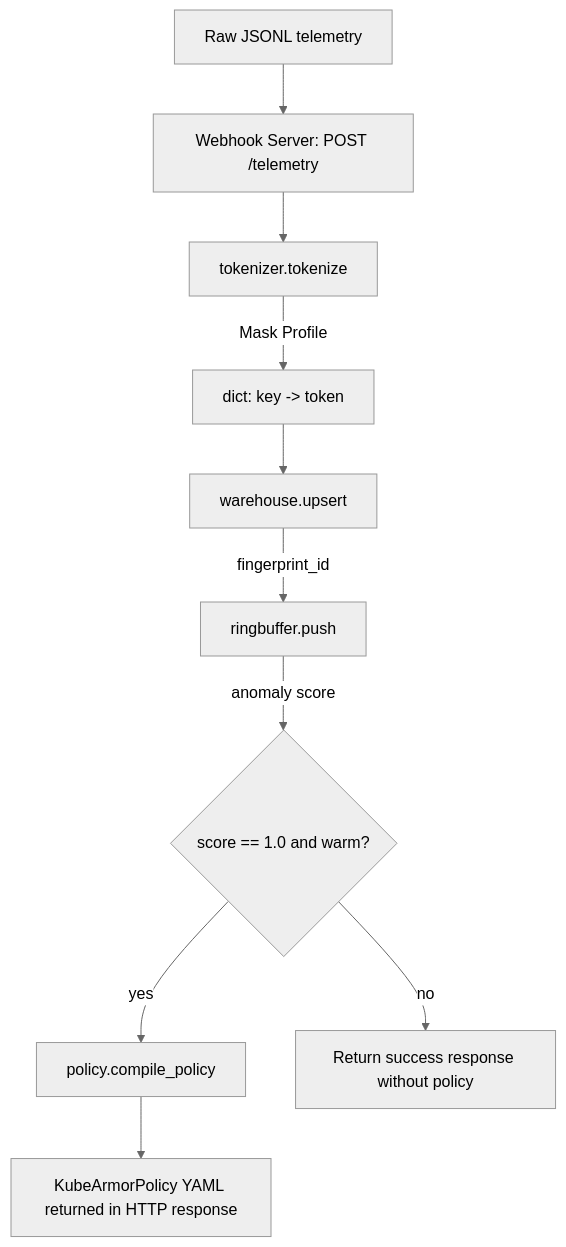
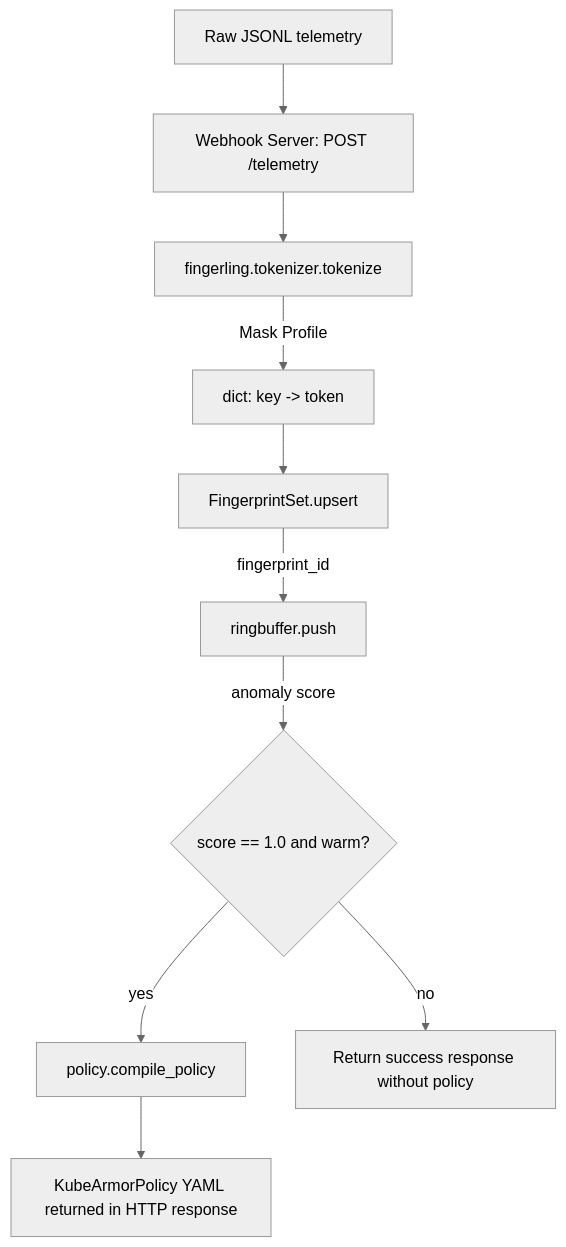
Before and after one commit to drusifer/fingerling: the diagram in docs/ARCH.md, drawn with Mermaid (neutral theme). The commit also changed other lines of this file and 24 other files, not shown here.

````diff
--- a/docs/ARCH.md
+++ b/docs/ARCH.md
@@ -52,12 +51,12 @@
 ```mermaid
 flowchart TD
     A[Raw JSONL telemetry] --> B[Webhook Server: POST /telemetry]
-    B --> C[tokenizer.tokenize]
+    B --> C[fingerling.tokenizer.tokenize]
     C -- Mask Profile --> D[dict: key -> token]
-    D --> E[warehouse.upsert]
+    D --> E[FingerprintSet.upsert]
     E -- fingerprint_id --> F[ringbuffer.push]
     F -- anomaly score --> G{score == 1.0 and warm?}
     G -- yes --> H[policy.compile_policy]
     H --> I[KubeArmorPolicy YAML returned in HTTP response]
     G -- no --> J[Return success response without policy]
 ```
````
